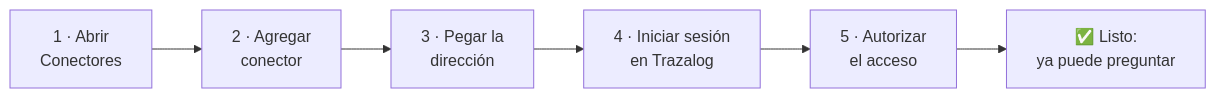
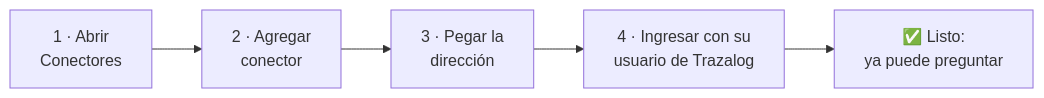
The first of 2 diagrams in doc/manuales/conectar-claude-a-trazalog.md (Trazalog/traz-tools), drawn with Mermaid before and after one commit. The commit also changed other lines of this file and 1 other file, not shown here.

````diff
--- a/doc/manuales/conectar-claude-a-trazalog.md
+++ b/doc/manuales/conectar-claude-a-trazalog.md
@@ -36,8 +36,7 @@
 ```mermaid
 flowchart LR
     A["1 · Abrir<br/>Conectores"] --> B["2 · Agregar<br/>conector"]
     B --> C["3 · Pegar la<br/>dirección"]
-    C --> D["4 · Iniciar sesión<br/>en Trazalog"]
-    D --> E["5 · Autorizar<br/>el acceso"]
-    E --> F["✅ Listo:<br/>ya puede preguntar"]
+    C --> D["4 · Ingresar con su<br/>usuario de Trazalog"]
+    D --> E["✅ Listo:<br/>ya puede preguntar"]
 ```
````
